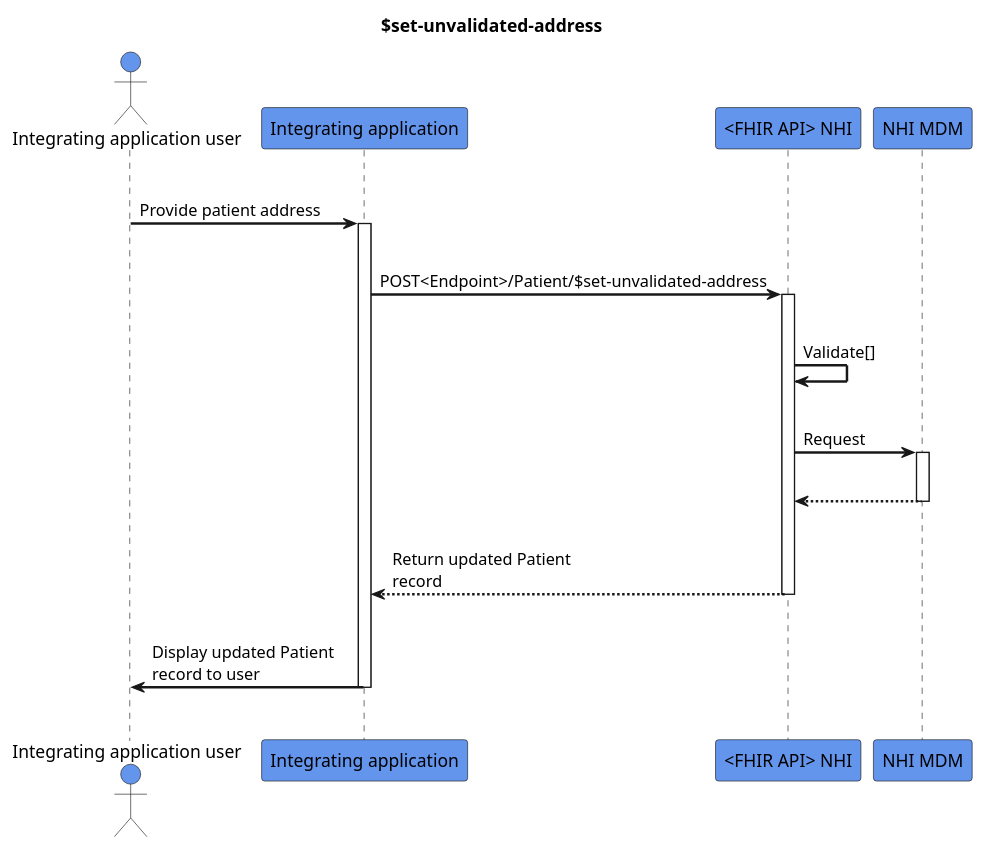
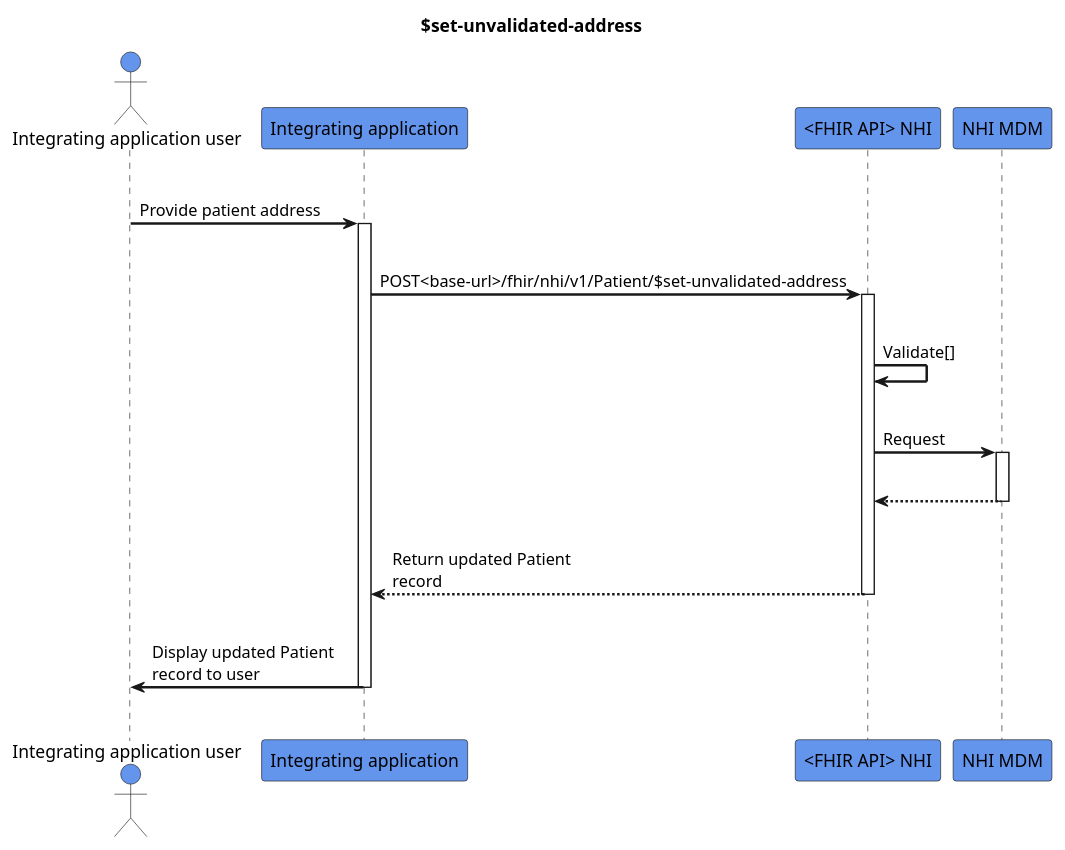
Before and after one commit to HL7NZ/nhi: the diagram in input/images-source/set-unvalidated-address.plantuml, drawn with PlantUML.

```diff
--- a/input/images-source/set-unvalidated-address.plantuml
+++ b/input/images-source/set-unvalidated-address.plantuml
@@ -1,32 +1,32 @@
 @startuml
 skinparam sequenceArrowThickness 2
 skinparam roundcorner 5
 skinparam maxmessagesize 180
 skinparam sequenceParticipant bold
 title $set-unvalidated-address
 actor "Integrating application user" as User #CornflowerBlue
 participant "Integrating application" as A #CornflowerBlue
 participant "<FHIR API> NHI" as B #CornflowerBlue
 participant "NHI MDM" as C #CornflowerBlue
 |||
 User -> A: Provide patient address
 activate A
 |||
-A -> B: POST<Endpoint>/Patient/$set-unvalidated-address
+A -> B: POST<base-url>/fhir/nhi/v1/Patient/$set-unvalidated-address
 activate B
 |||
 B -> B: Validate[]
 |||
 B -> C: Request
 activate C
 |||
 C -[dashed]-> B
 deactivate C
 |||
 B -[dashed]-> A: Return updated Patient record
 deactivate B
 |||
 A -> User: Display updated Patient record to user
 deactivate A
 |||
 @enduml
```
